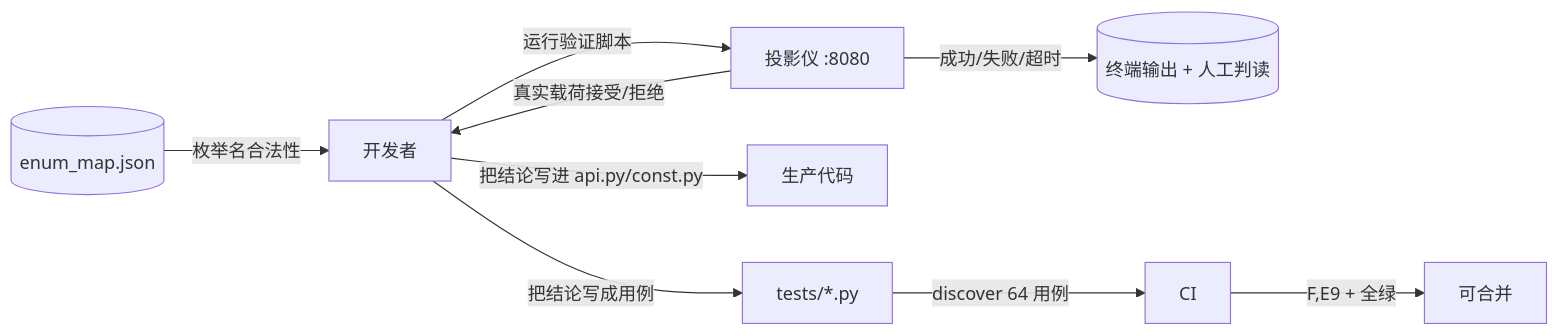
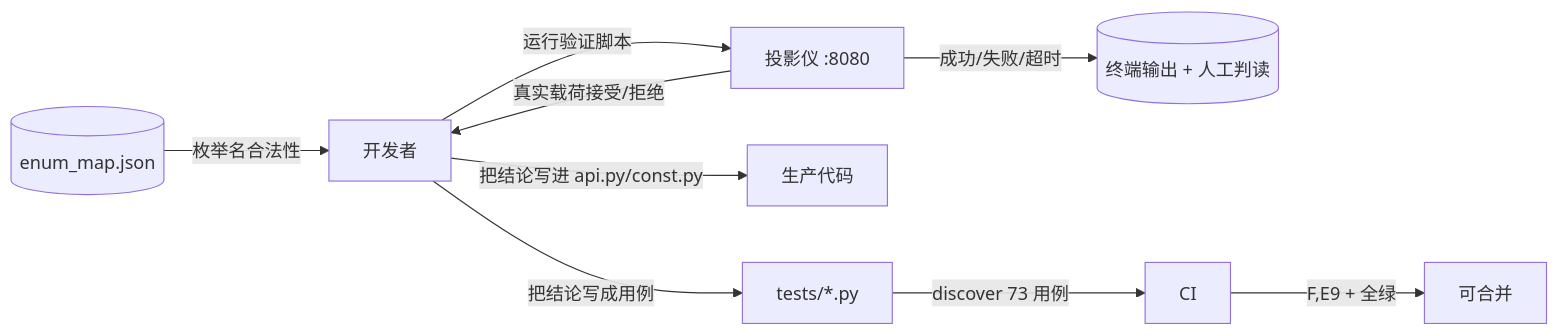
The sixth of 6 diagrams in docs/architecture/subsystems/verification-harness/module_design.md (aixmoyu/ha-epson-ef-projector), drawn with Mermaid before and after one commit. The commit also changed other lines of this file and 78 other files, not shown here.

````diff
--- a/docs/architecture/subsystems/verification-harness/module_design.md
+++ b/docs/architecture/subsystems/verification-harness/module_design.md
@@ -235,11 +235,11 @@
 ```mermaid
 flowchart LR
     DEV["开发者"] -->|"运行验证脚本"| HW["投影仪 :8080"]
     HW -->|"成功/失败/超时"| A1[("终端输出 + 人工判读")]
     HW -->|"真实载荷接受/拒绝"| DEV
     DEV -->|"把结论写进 api.py/const.py"| PROD["生产代码"]
     DEV -->|"把结论写成用例"| T["tests/*.py"]
     A2[("enum_map.json")] -->|"枚举名合法性"| DEV
-    T -->|"discover 64 用例"| CI["CI"]
+    T -->|"discover 73 用例"| CI["CI"]
     CI -->|"F,E9 + 全绿"| MERGE["可合并"]
 ```
````
